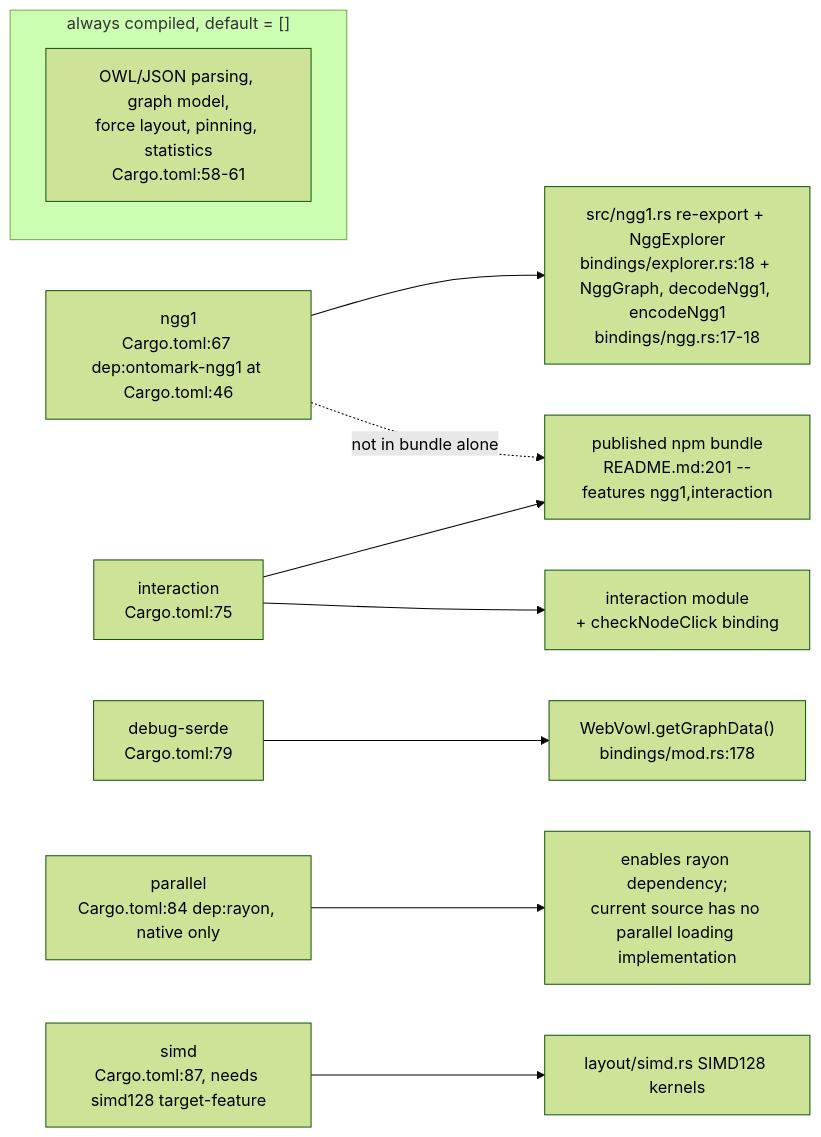
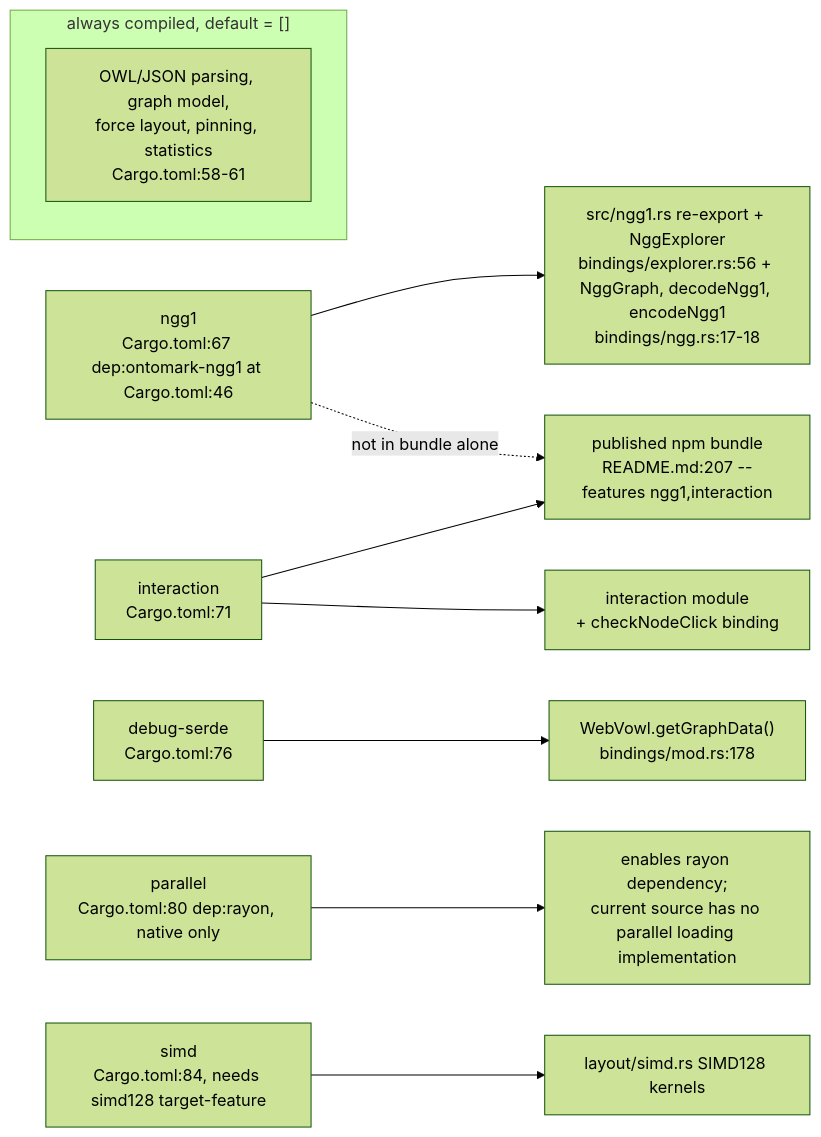
One commit to DreamLab-AI/VisionFlow changed the second of 6 diagrams in docs/diagrams/vowl-wasm/01-crate-composition-and-wasm-boundary.md. Above: the diagram before and after it, drawn with Mermaid (forest theme). The commit also changed other lines of this file and 48 other files, not shown here.

Commit message:
docs: reconcile estate repairs and first diagram refresh batch

````diff
--- a/docs/diagrams/vowl-wasm/01-crate-composition-and-wasm-boundary.md
+++ b/docs/diagrams/vowl-wasm/01-crate-composition-and-wasm-boundary.md
@@ -50,13 +50,13 @@
 ```mermaid
 flowchart LR
     subgraph Always["always compiled, default = []"]
         CORE["OWL/JSON parsing, graph model,<br/>force layout, pinning, statistics<br/>Cargo.toml:58-61"]
     end
-    NGG1F["ngg1<br/>Cargo.toml:67 dep:ontomark-ngg1 at Cargo.toml:46"] --> NGGMOD["src/ngg1.rs re-export + NggExplorer<br/>bindings/explorer.rs:18 + NggGraph, decodeNgg1, encodeNgg1<br/>bindings/ngg.rs:17-18"]
-    INTF["interaction<br/>Cargo.toml:75"] --> INTMOD["interaction module<br/>+ checkNodeClick binding"]
-    DBGF["debug-serde<br/>Cargo.toml:79"] --> DBGMOD["WebVowl.getGraphData()<br/>bindings/mod.rs:178"]
-    PARF["parallel<br/>Cargo.toml:84 dep:rayon, native only"] --> PARMOD["enables rayon dependency;<br/>current source has no parallel loading implementation"]
-    SIMDF["simd<br/>Cargo.toml:87, needs simd128 target-feature"] --> SIMDMOD["layout/simd.rs SIMD128 kernels"]
+    NGG1F["ngg1<br/>Cargo.toml:67 dep:ontomark-ngg1 at Cargo.toml:46"] --> NGGMOD["src/ngg1.rs re-export + NggExplorer<br/>bindings/explorer.rs:56 + NggGraph, decodeNgg1, encodeNgg1<br/>bindings/ngg.rs:17-18"]
+    INTF["interaction<br/>Cargo.toml:71"] --> INTMOD["interaction module<br/>+ checkNodeClick binding"]
+    DBGF["debug-serde<br/>Cargo.toml:76"] --> DBGMOD["WebVowl.getGraphData()<br/>bindings/mod.rs:178"]
+    PARF["parallel<br/>Cargo.toml:80 dep:rayon, native only"] --> PARMOD["enables rayon dependency;<br/>current source has no parallel loading implementation"]
+    SIMDF["simd<br/>Cargo.toml:84, needs simd128 target-feature"] --> SIMDMOD["layout/simd.rs SIMD128 kernels"]
     NGG1F -. "not in bundle alone" .-> BUNDLE
-    INTF --> BUNDLE["published npm bundle<br/>README.md:201 --features ngg1,interaction"]
+    INTF --> BUNDLE["published npm bundle<br/>README.md:207 --features ngg1,interaction"]
 ```
````
